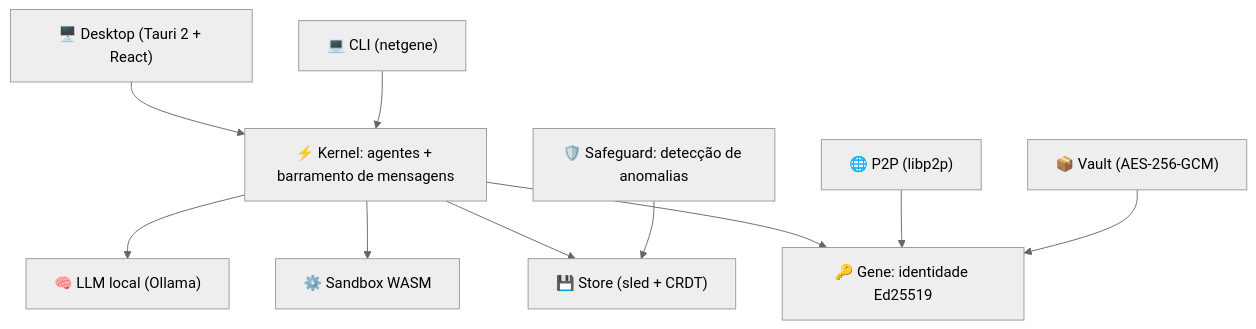
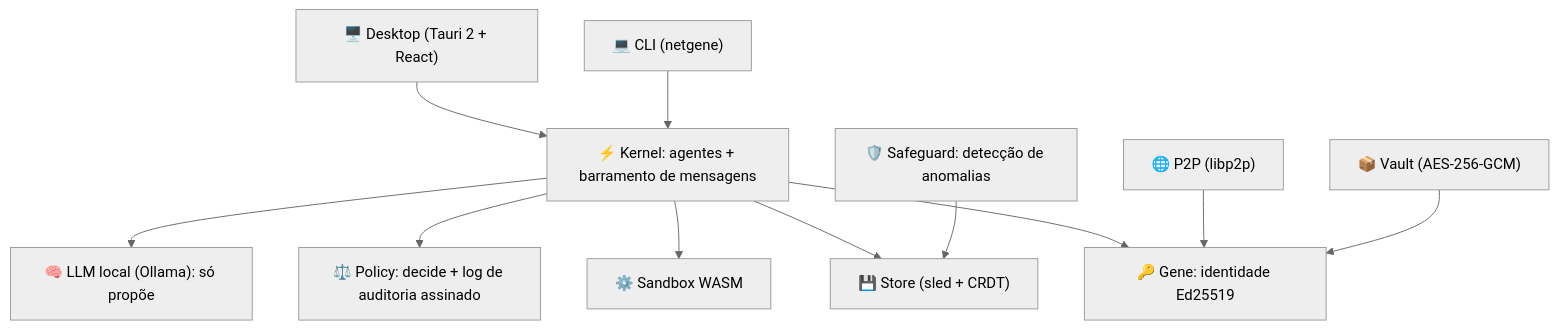
One commit to willan23/netgene-os changed the diagram in README.md. Above: the diagram before and after it, drawn with Mermaid (neutral theme). The commit also changed other lines of this file and 34 other files, not shown here.

````diff
--- a/README.md
+++ b/README.md
@@ -29,12 +29,13 @@
 ```mermaid
 graph TD
     UI["🖥️ Desktop (Tauri 2 + React)"] --> K
     CLI["💻 CLI (netgene)"] --> K
-    K["⚡ Kernel: agentes + barramento de mensagens"] --> LLM["🧠 LLM local (Ollama)"]
+    K["⚡ Kernel: agentes + barramento de mensagens"] --> LLM["🧠 LLM local (Ollama): só propõe"]
+    K --> POL["⚖️ Policy: decide + log de auditoria assinado"]
     K --> W["⚙️ Sandbox WASM"]
     K --> S["💾 Store (sled + CRDT)"]
     K --> G["🔑 Gene: identidade Ed25519"]
     P["🌐 P2P (libp2p)"] --> G
     V["📦 Vault (AES-256-GCM)"] --> G
     SG["🛡️ Safeguard: detecção de anomalias"] --> S
 ```
````
